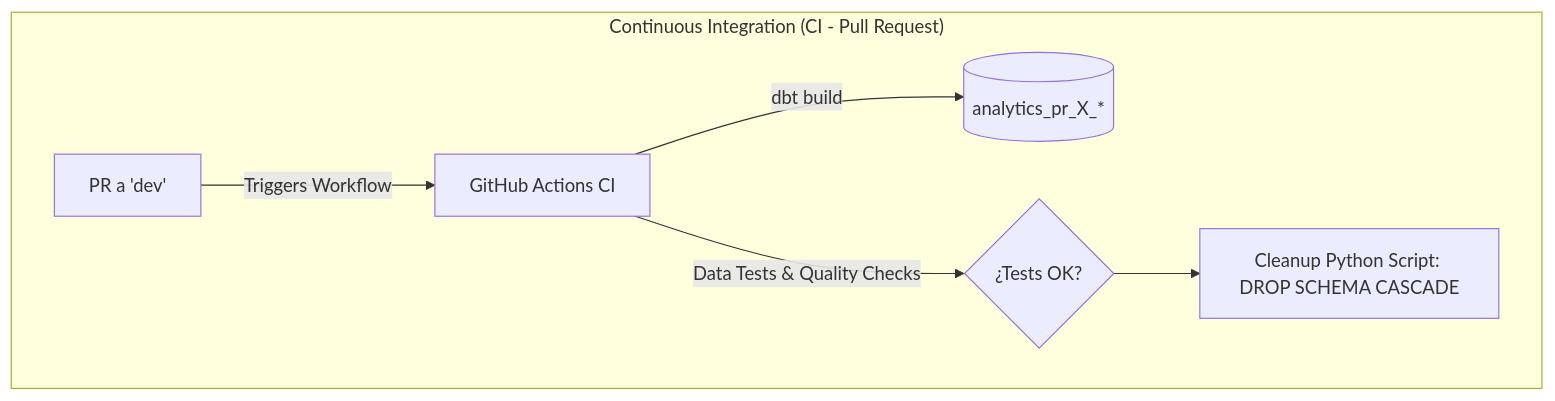
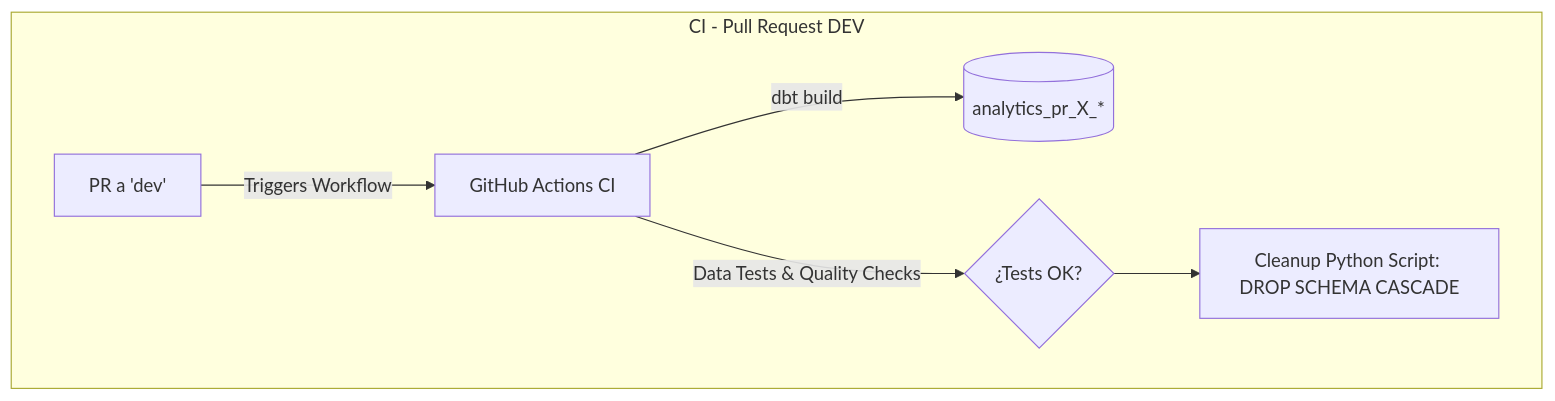
Before and after one commit to oelasmar/github-events-analytics: the third of 4 diagrams in README.md, drawn with Mermaid. The commit also changed other lines of this file, not shown here.

````diff
--- a/README.md
+++ b/README.md
@@ -46,11 +46,11 @@
 ```mermaid
 graph TD
 
-    subgraph "Continuous Integration (CI - Pull Request)"
+    subgraph "CI - Pull Request DEV"
         PR[PR a 'dev'] -->|Triggers Workflow| CI_ACTION[GitHub Actions CI]
         CI_ACTION -->|dbt build| EPHEMERAL_DB[(analytics_pr_X_*)]
         CI_ACTION -->|Data Tests & Quality Checks| TEST_RESULT{¿Tests OK?}
         TEST_RESULT --> CLEANUP[Cleanup Python Script: DROP SCHEMA CASCADE]
     end
 
 ```
````
